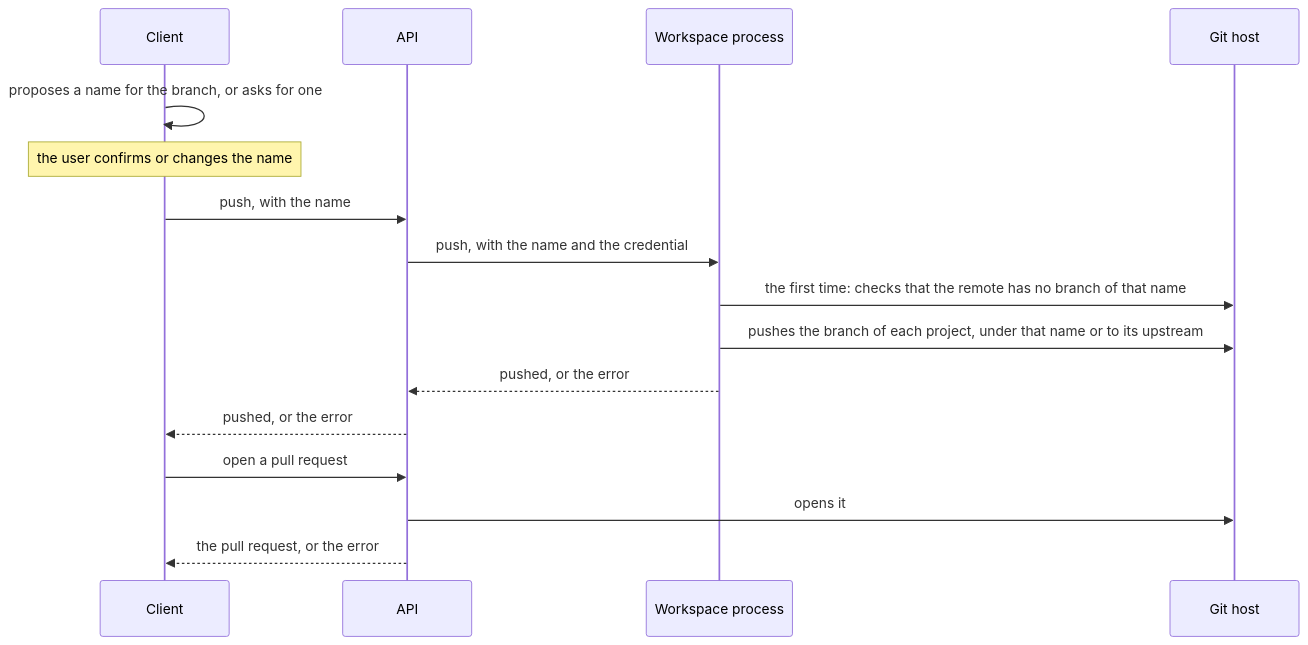
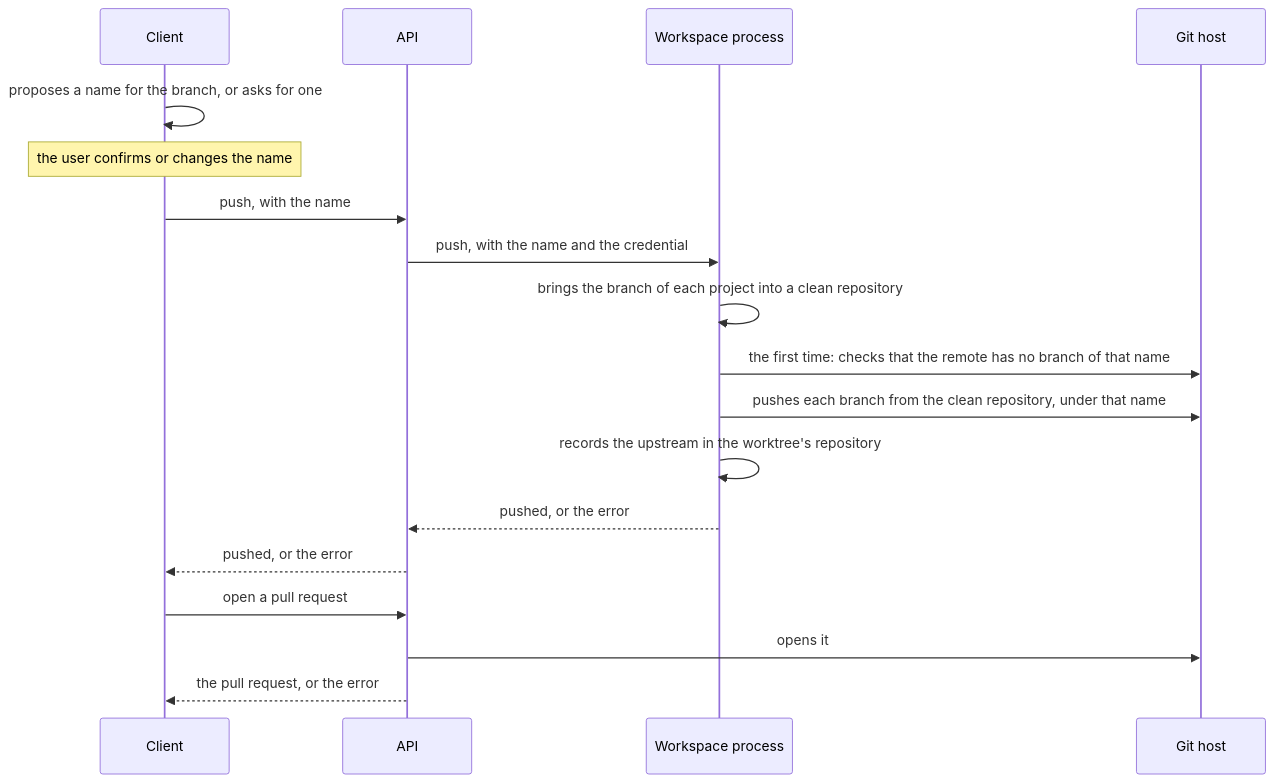
One commit to Mikode13/harness-docs changed the diagram in flows/changes-and-push.md. Above: the diagram before and after it, drawn with Mermaid. The commit also changed other lines of this file and 6 other files, not shown here.

First line of the commit message:
docs: run credentialed git in a clean repository, and leave git alone on a clear

````diff
--- a/flows/changes-and-push.md
+++ b/flows/changes-and-push.md
@@ -52,20 +52,22 @@
 ```mermaid
 sequenceDiagram
     participant C as Client
     participant A as API
     participant W as Workspace process
     participant G as Git host
 
     C->>C: proposes a name for the branch, or asks for one
     Note over C: the user confirms or changes the name
     C->>A: push, with the name
     A->>W: push, with the name and the credential
+    W->>W: brings the branch of each project into a clean repository
     W->>G: the first time: checks that the remote has no branch of that name
-    W->>G: pushes the branch of each project, under that name or to its upstream
+    W->>G: pushes each branch from the clean repository, under that name
+    W->>W: records the upstream in the worktree's repository
     W-->>A: pushed, or the error
     A-->>C: pushed, or the error
 
     C->>A: open a pull request
     A->>G: opens it
     A-->>C: the pull request, or the error
 ```
````
